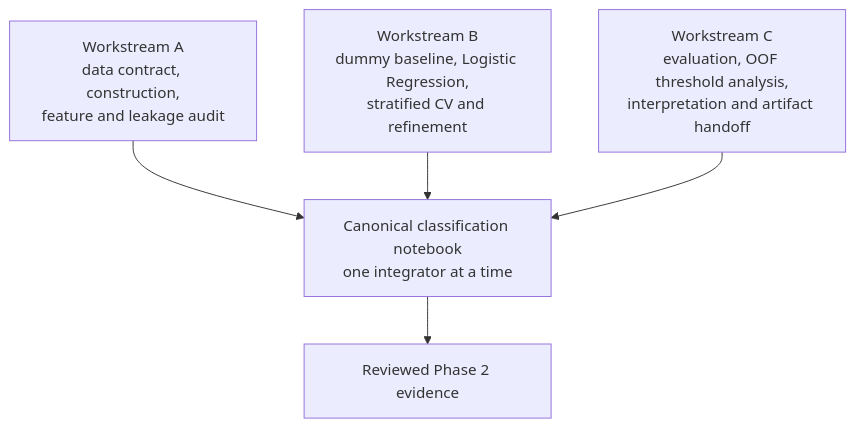
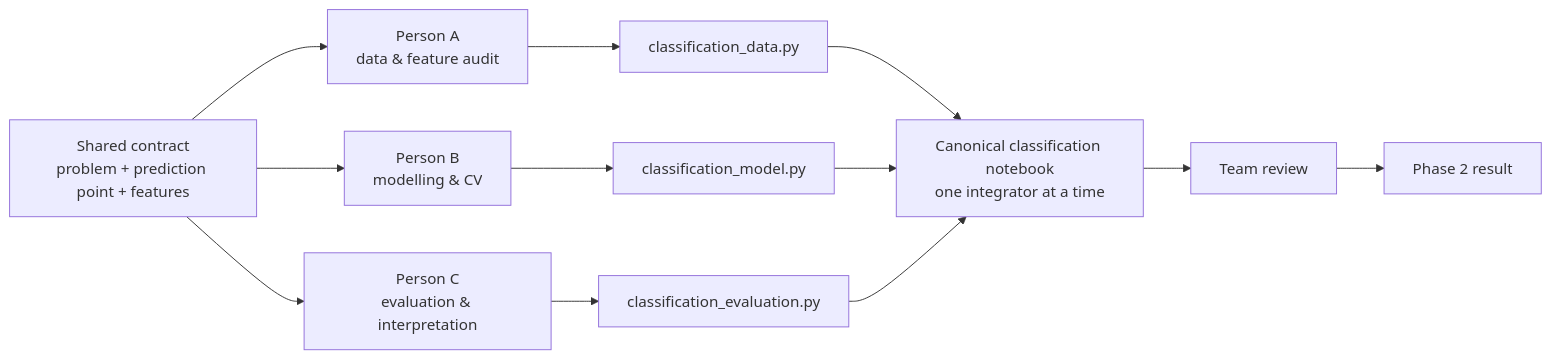
Before and after one commit to Voycepeh/Team01_IT5006_Ecommerce_Analytics_AY2627Sem1: the second of 2 diagrams in docs/phase2-classification-workflow.md, drawn with Mermaid. The commit also changed other lines of this file and 1 other file, not shown here.

Commit message:
Redesign Phase 2 architecture diagrams

````diff
--- a/docs/phase2-classification-workflow.md
+++ b/docs/phase2-classification-workflow.md
@@ -139,10 +173,18 @@
 ```mermaid
-flowchart TB
-    A[Workstream A<br/>data contract, construction,<br/>feature and leakage audit]
-    B[Workstream B<br/>dummy baseline, Logistic Regression,<br/>stratified CV and refinement]
-    C[Workstream C<br/>evaluation, OOF threshold analysis,<br/>interpretation and artifact handoff]
-    A --> N[Canonical classification notebook<br/>one integrator at a time]
-    B --> N
-    C --> N
-    N --> R[Reviewed Phase 2 evidence]
+flowchart LR
+    CONTRACT[Shared contract<br/>problem + prediction point + features]
+
+    CONTRACT --> PA[Person A<br/>data & feature audit]
+    CONTRACT --> PB[Person B<br/>modelling & CV]
+    CONTRACT --> PC[Person C<br/>evaluation & interpretation]
+
+    PA --> MA[classification_data.py]
+    PB --> MB[classification_model.py]
+    PC --> MC[classification_evaluation.py]
+
+    MA --> N[Canonical classification notebook<br/>one integrator at a time]
+    MB --> N
+    MC --> N
+    N --> REVIEW[Team review]
+    REVIEW --> RESULT[Phase 2 result]
 ```
````
